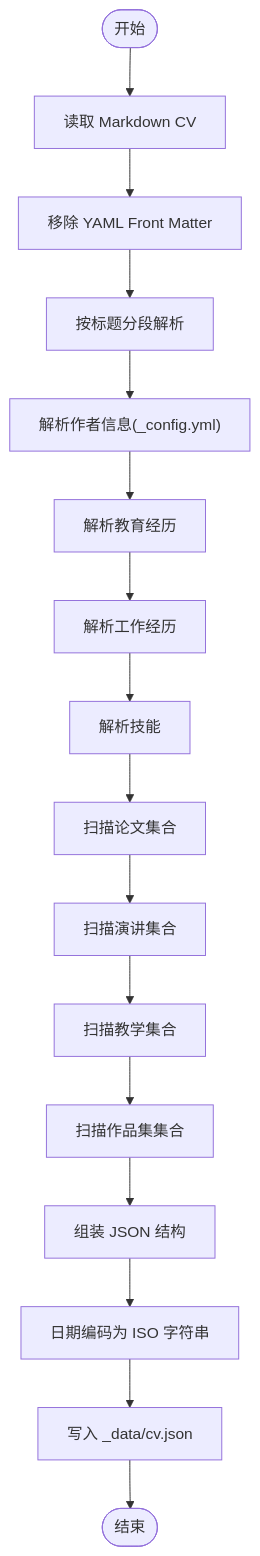
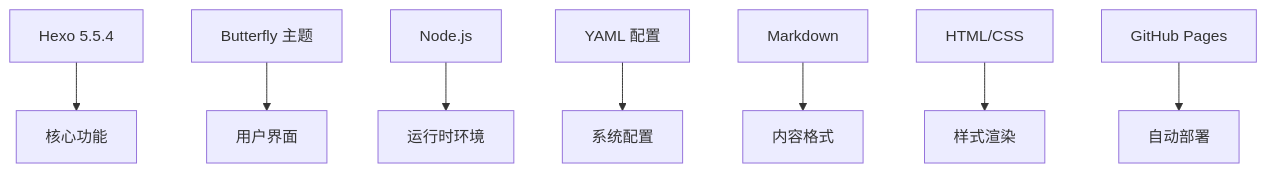
Before and after one commit to CoolPig0720/CoolPig0720.github.io: the third of 3 diagrams in .qoder/repowiki/zh/content/数据处理和自动化/简历数据管理.md, drawn with Mermaid. The commit also changed other lines of this file and 36 other files, not shown here.

````diff
--- a/.qoder/repowiki/zh/content/数据处理和自动化/简历数据管理.md
+++ b/.qoder/repowiki/zh/content/数据处理和自动化/简历数据管理.md
@@ -178,18 +220,10 @@
 ```mermaid
-flowchart TD
-Start(["开始"]) --> ReadMD["读取 Markdown CV"]
-ReadMD --> StripFM["移除 YAML Front Matter"]
-StripFM --> SplitSec["按标题分段解析"]
-SplitSec --> ParseBasics["解析作者信息(_config.yml)"]
-ParseBasics --> ParseEdu["解析教育经历"]
-ParseEdu --> ParseWork["解析工作经历"]
-ParseWork --> ParseSkills["解析技能"]
-ParseSkills --> ScanPub["扫描论文集合"]
-ScanPub --> ScanTalk["扫描演讲集合"]
-ScanTalk --> ScanTeach["扫描教学集合"]
-ScanTeach --> ScanPort["扫描作品集集合"]
-ScanPort --> Assemble["组装 JSON 结构"]
-Assemble --> EncodeDate["日期编码为 ISO 字符串"]
-EncodeDate --> WriteJSON["写入 _data/cv.json"]
-WriteJSON --> End(["结束"])
+graph TB
+HEXO["Hexo 5.5.4"] --> CORE["核心功能"]
+THEME["Butterfly 主题"] --> UI["用户界面"]
+NODE["Node.js"] --> RUNTIME["运行时环境"]
+CONFIG["YAML 配置"] --> SETUP["系统配置"]
+MARKDOWN["Markdown"] --> CONTENT["内容格式"]
+HTMLCSS["HTML/CSS"] --> STYLE["样式渲染"]
+GITHUB["GitHub Pages"] --> DEPLOY["自动部署"]
 ```
````
